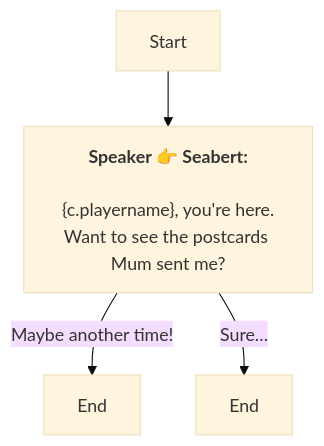
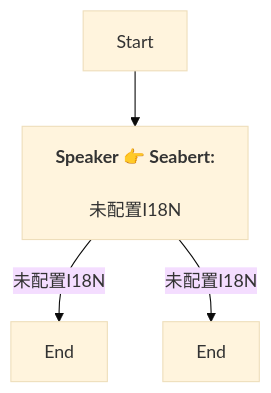
Before and after one commit to SoftHu/tos_avg: the diagram in En/QuestTalkObjectiveNode_1753752288090526.md, drawn with Mermaid (base theme). The commit also changed 730 other files, not shown here.

````diff
--- a/En/QuestTalkObjectiveNode_1753752288090526.md
+++ b/En/QuestTalkObjectiveNode_1753752288090526.md
@@ -1,9 +1,8 @@
 ```mermaid
 graph
 Start -->1753752340862378[<b>Speaker 👉 Seabert:</b>
-\n&lbrace;c.playername&rbrace;, you're here.
-Want to see the postcards Mum sent me?]
-1753752340862378 -->|Maybe another time!|1753752340863407[End]
-1753752340862378 -->|Sure…|1753752340863406[End]
+\n未配置I18N]
+1753752340862378 -->|未配置I18N|1753752340863407[End]
+1753752340862378 -->|未配置I18N|1753752340863406[End]
 
 ```
````
